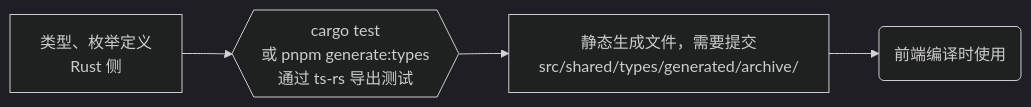
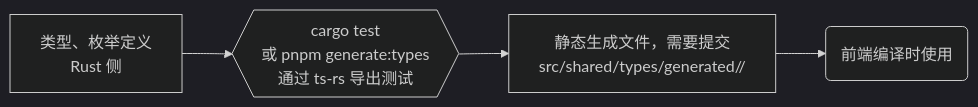
Before and after one commit to Logical-Byte/open-endfield-assistant: the second of 2 diagrams in docs/data-pipeline.md, drawn with Mermaid (dark theme). The commit also changed other lines of this file and 50 other files, not shown here.

````diff
--- a/docs/data-pipeline.md
+++ b/docs/data-pipeline.md
@@ -84,9 +84,9 @@
 ```mermaid
 flowchart LR
     rust["类型、枚举定义<br/>Rust 侧"]
     generate{{"cargo test<br/>或 pnpm generate:types<br/>通过 ts-rs 导出测试"}}
-    ts["静态生成文件，需要提交<br/>src/shared/types/generated/archive/"]
+    ts["静态生成文件，需要提交<br/>src/shared/types/generated/<domain>/"]
     use("前端编译时使用")
 
     rust --> generate --> ts --> use
 ```
````
